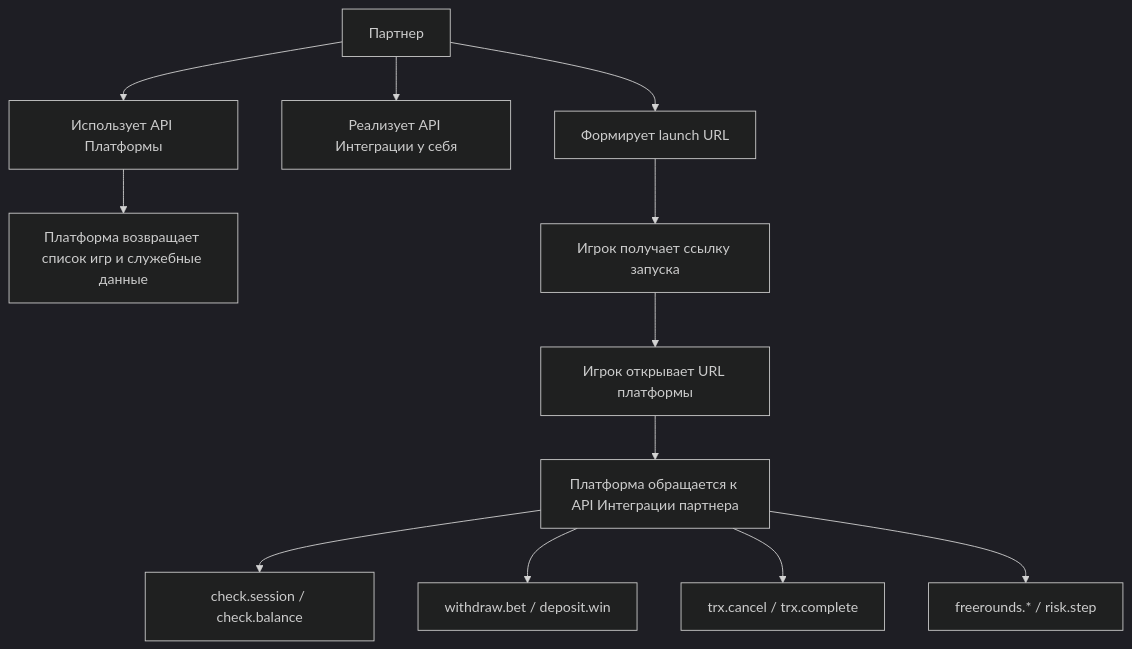
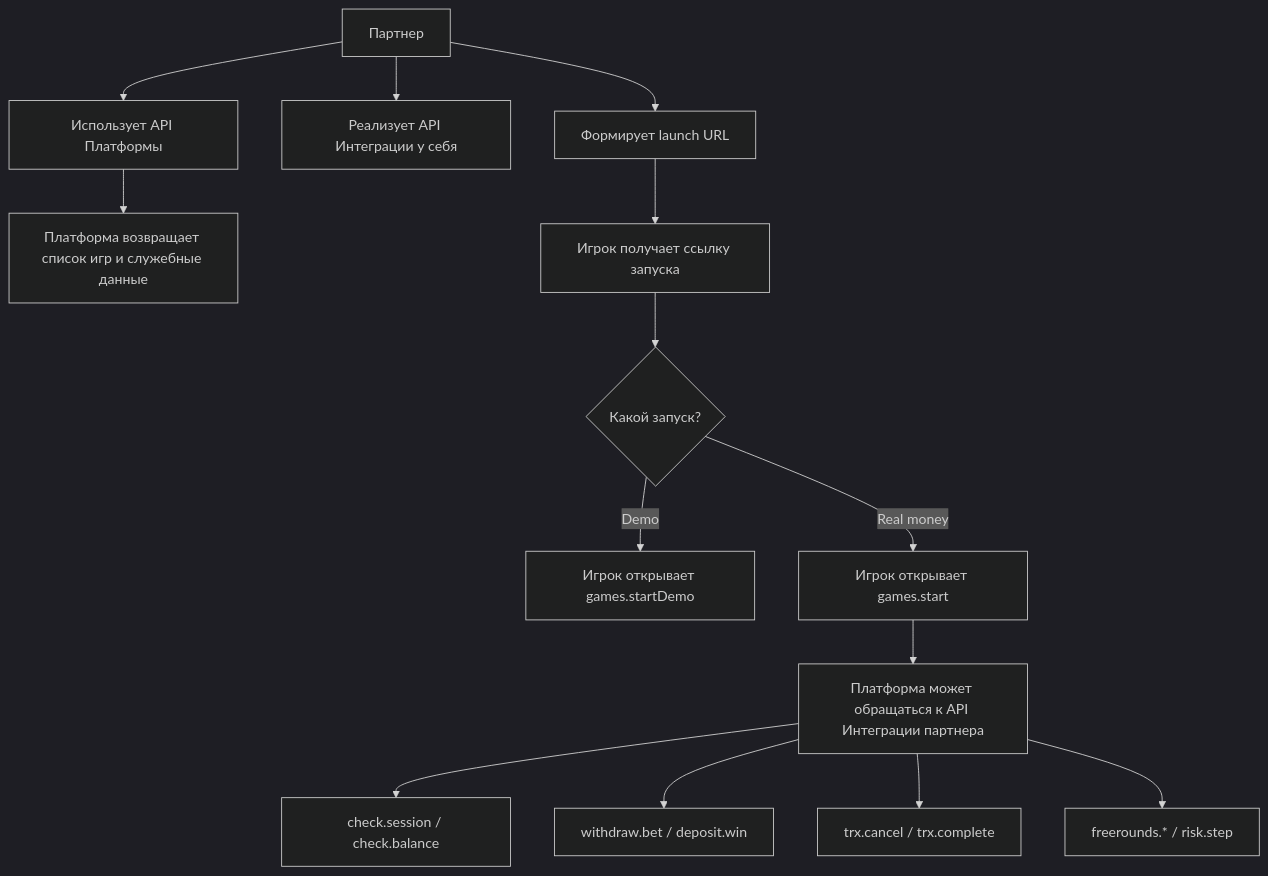
Before and after one commit to alexgoodman53/casino: the first of 6 diagrams in API_Treasure-prune.md, drawn with Mermaid (dark theme). The commit also changed other lines of this file, not shown here.

````diff
--- a/API_Treasure-prune.md
+++ b/API_Treasure-prune.md
@@ -58,14 +58,16 @@
 ```mermaid
 flowchart TD
     A["Партнер"] --> B["Использует API Платформы"]
     A --> C["Реализует API Интеграции у себя"]
     A --> D["Формирует launch URL"]
     B --> E["Платформа возвращает список игр и служебные данные"]
     D --> F["Игрок получает ссылку запуска"]
-    F --> G["Игрок открывает URL платформы"]
-    G --> H["Платформа обращается к API Интеграции партнера"]
-    H --> I["check.session / check.balance"]
-    H --> J["withdraw.bet / deposit.win"]
-    H --> K["trx.cancel / trx.complete"]
-    H --> L["freerounds.* / risk.step"]
+    F --> G{"Какой запуск?"}
+    G -->|"Demo"| H["Игрок открывает games.startDemo"]
+    G -->|"Real money"| I["Игрок открывает games.start"]
+    I --> J["Платформа может обращаться к API Интеграции партнера"]
+    J --> K["check.session / check.balance"]
+    J --> L["withdraw.bet / deposit.win"]
+    J --> M["trx.cancel / trx.complete"]
+    J --> N["freerounds.* / risk.step"]
 ```
````
